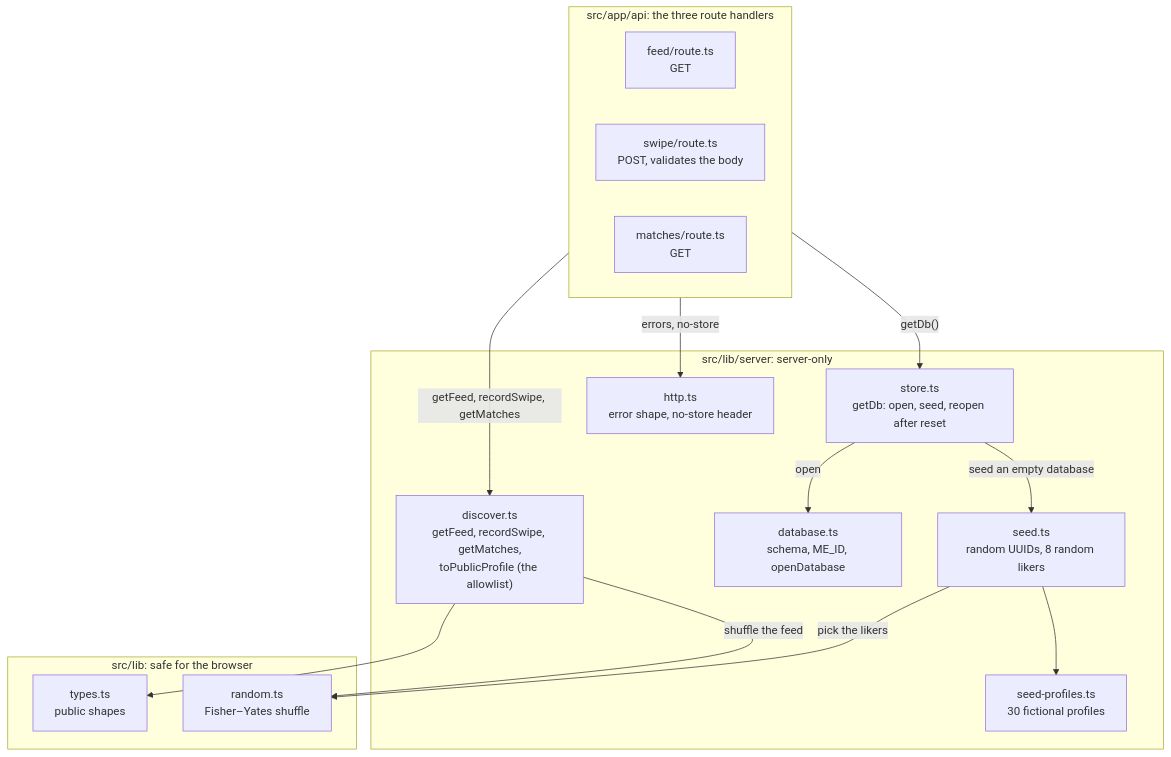
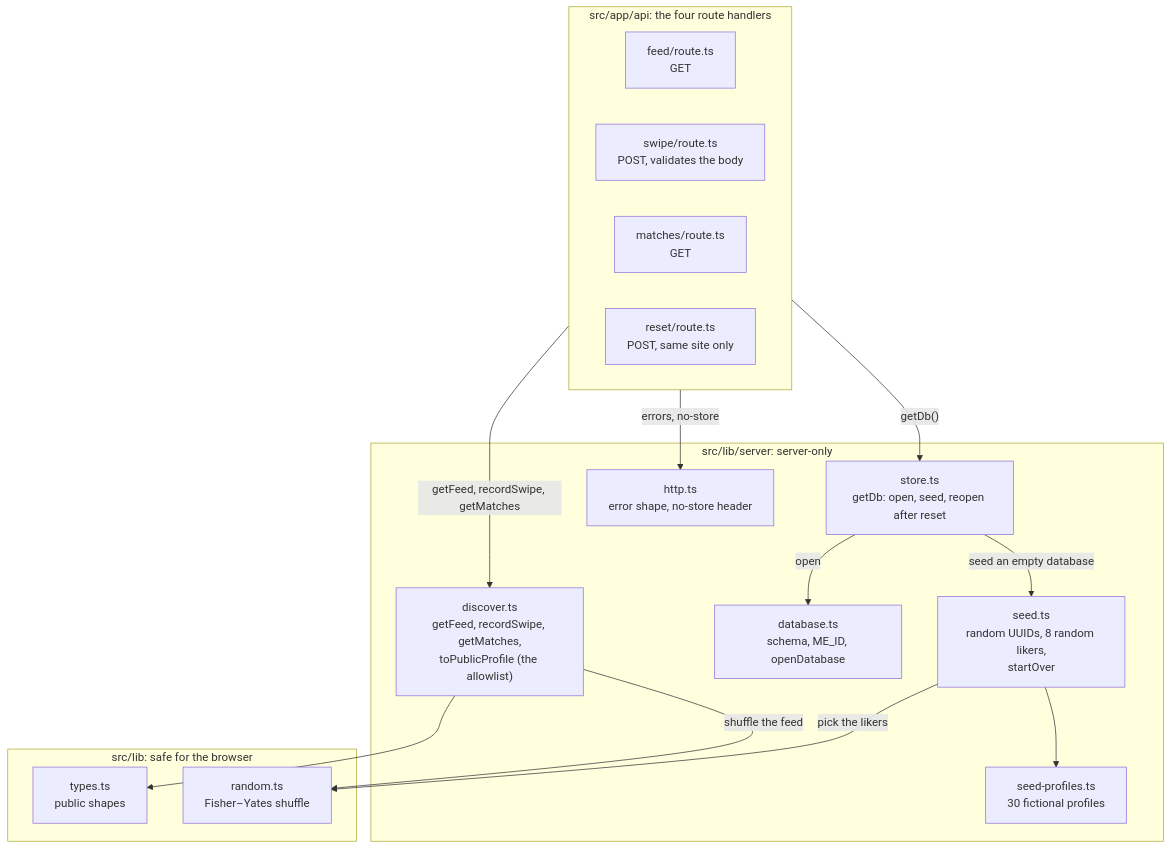
The third of 14 diagrams in docs/architecture.md (ashutosharma2/coy-discover-assignment), drawn with Mermaid before and after one commit. The commit also changed other lines of this file and 41 other files, not shown here.

````diff
--- a/docs/architecture.md
+++ b/docs/architecture.md
@@ -92,32 +92,33 @@
 ```mermaid
 flowchart TB
-    subgraph Routes["src/app/api: the three route handlers"]
+    subgraph Routes["src/app/api: the four route handlers"]
         Feed["feed/route.ts<br/>GET"]
         Swipe["swipe/route.ts<br/>POST, validates the body"]
         Matches["matches/route.ts<br/>GET"]
+        ResetRoute["reset/route.ts<br/>POST, same site only"]
     end
 
     subgraph Server["src/lib/server: server-only"]
         Store["store.ts<br/>getDb: open, seed, reopen after reset"]
         Discover["discover.ts<br/>getFeed, recordSwipe, getMatches,<br/>toPublicProfile (the allowlist)"]
         Http["http.ts<br/>error shape, no-store header"]
         Database["database.ts<br/>schema, ME_ID, openDatabase"]
-        Seed["seed.ts<br/>random UUIDs, 8 random likers"]
+        Seed["seed.ts<br/>random UUIDs, 8 random likers,<br/>startOver"]
         Profiles["seed-profiles.ts<br/>30 fictional profiles"]
     end
 
     subgraph Shared["src/lib: safe for the browser"]
         Types["types.ts<br/>public shapes"]
         Random["random.ts<br/>Fisher–Yates shuffle"]
     end
 
     Routes -- "getDb()" --> Store
     Routes -- "getFeed, recordSwipe, getMatches" --> Discover
     Routes -- "errors, no-store" --> Http
     Store -- "open" --> Database
     Store -- "seed an empty database" --> Seed
     Seed --> Profiles
     Seed -- "pick the likers" --> Random
     Discover -- "shuffle the feed" --> Random
     Discover --> Types
 ```
````
